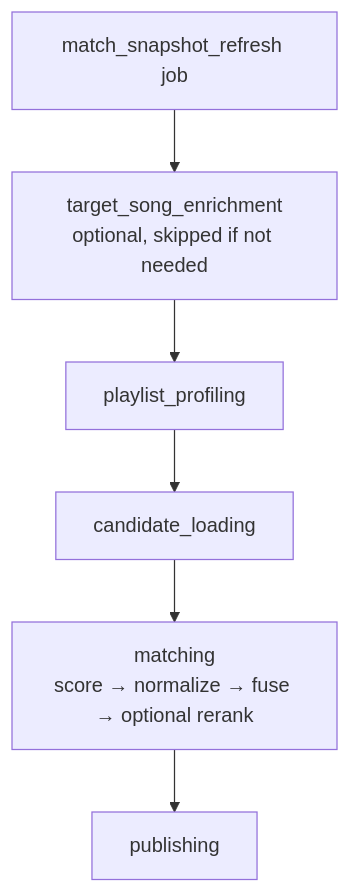
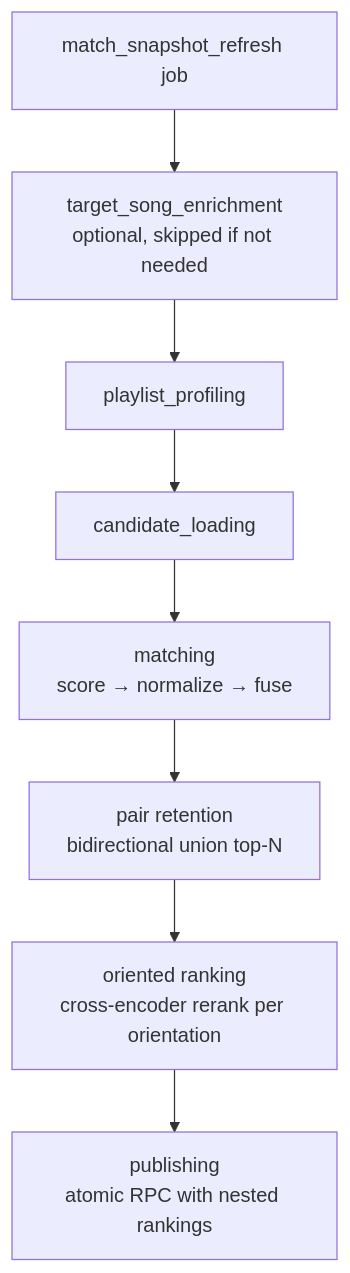
One commit to fabiogaliano/hearted.music changed the first of 2 diagrams in docs/architecture/matching/overview.md. Above: the diagram before and after it, drawn with Mermaid. The commit also changed other lines of this file and 4 other files, not shown here.

Commit message:
docs(match): architecture docs, stories index, and regression hardening (MSR-38)

````diff
--- a/docs/architecture/matching/overview.md
+++ b/docs/architecture/matching/overview.md
@@ -9,8 +9,10 @@
 ```mermaid
 flowchart TD
   A[match_snapshot_refresh job] --> B[target_song_enrichment\noptional, skipped if not needed]
   B --> C[playlist_profiling]
   C --> D[candidate_loading]
-  D --> E[matching\nscore → normalize → fuse → optional rerank]
-  E --> F[publishing]
+  D --> E[matching\nscore → normalize → fuse]
+  E --> F[pair retention\nbidirectional union top-N]
+  F --> G[oriented ranking\ncross-encoder rerank per orientation]
+  G --> H[publishing\natomic RPC with nested rankings]
 ```
````
